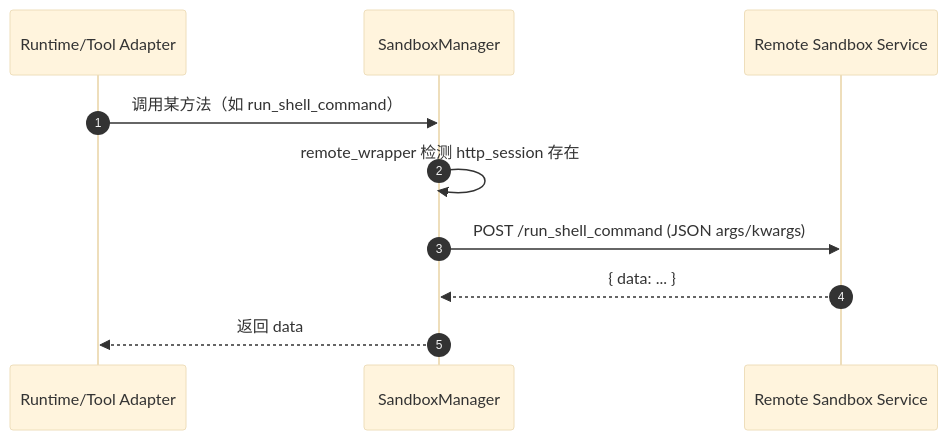
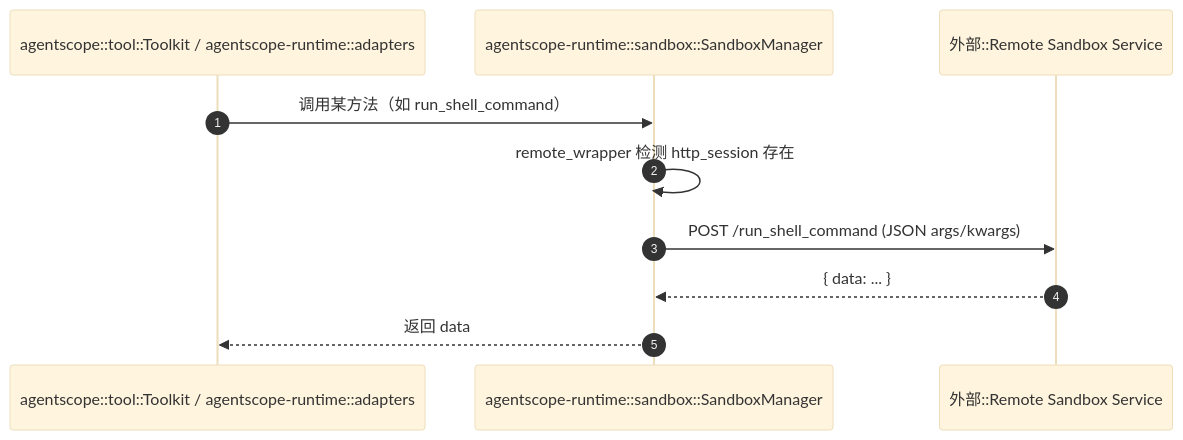
The diagram in docs/agentscope-codebase/20-agentscope-runtime/core_module_design.zh-CN.md (a2903214/agentscope-learning), drawn with Mermaid (base theme) before and after one commit. The commit also changed other lines of this file and 8 other files, not shown here.

Commit message:
更新文档：完善整体设计与模块结构分析，增加时序图与模块调用关系图，采用模块::参与者形式标注参与者来源。涉及内容包括 agentscope、agentscope-runtime、agentscope-studio、agentscope-spark-design 和 agentscope-samples 的代码结构与功能描述。

````diff
--- a/docs/agentscope-codebase/20-agentscope-runtime/core_module_design.zh-CN.md
+++ b/docs/agentscope-codebase/20-agentscope-runtime/core_module_design.zh-CN.md
@@ -60,13 +62,13 @@
 ```mermaid
 sequenceDiagram
   autonumber
-  participant Caller as Runtime/Tool Adapter
-  participant SM as SandboxManager
-  participant HTTP as Remote Sandbox Service
+  participant Caller as agentscope::tool::Toolkit / agentscope-runtime::adapters
+  participant SM as agentscope-runtime::sandbox::SandboxManager
+  participant HTTP as 外部::Remote Sandbox Service
 
   Caller->>SM: 调用某方法（如 run_shell_command）
   SM->>SM: remote_wrapper 检测 http_session 存在
   SM->>HTTP: POST /run_shell_command (JSON args/kwargs)
   HTTP-->>SM: { data: ... }
   SM-->>Caller: 返回 data
 ```
````
